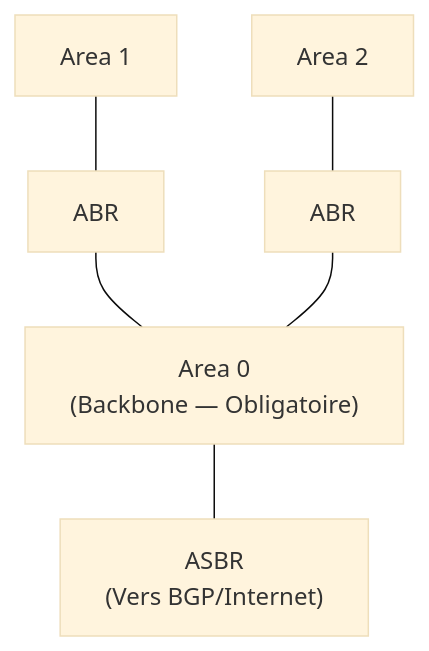
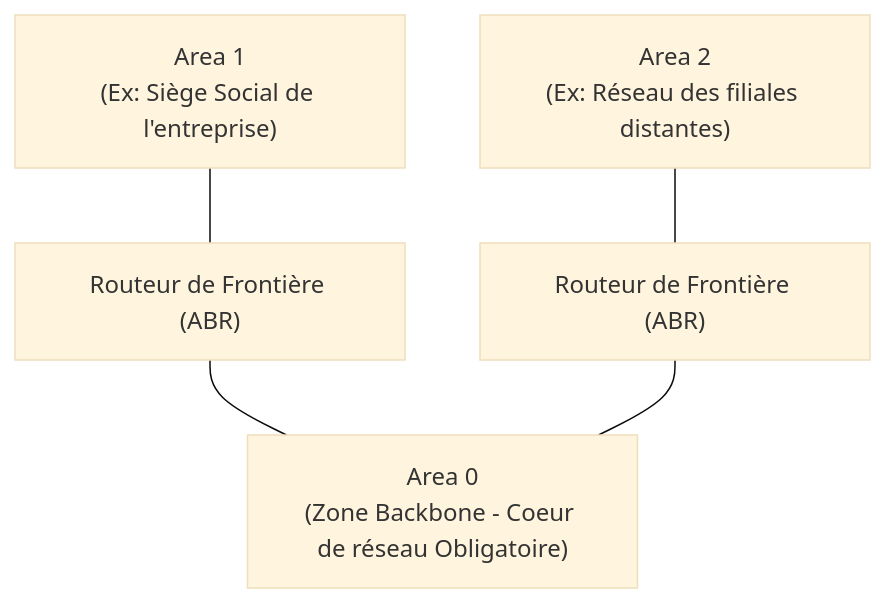
One commit to MontSekai/Documentations changed the diagram in docs/Reseau/protocoles_routage.md. Above: the diagram before and after it, drawn with Mermaid (base theme). The commit also changed other lines of this file and 50 other files, not shown here.

````diff
--- a/docs/Reseau/protocoles_routage.md
+++ b/docs/Reseau/protocoles_routage.md
@@ -88,13 +39,11 @@
 ```mermaid
 graph TD
-    BB["Area 0\n(Backbone — Obligatoire)"]
-    A1["Area 1"]
-    A2["Area 2"]
-    ABR1["ABR"]
-    ABR2["ABR"]
-    ASBR["ASBR\n(Vers BGP/Internet)"]
+    BB["Area 0\n(Zone Backbone - Coeur de réseau Obligatoire)"]
+    A1["Area 1\n(Ex: Siège Social de l'entreprise)"]
+    A2["Area 2\n(Ex: Réseau des filiales distantes)"]
+    ABR1["Routeur de Frontière (ABR)"]
+    ABR2["Routeur de Frontière (ABR)"]
 
     A1 --- ABR1 --- BB
     A2 --- ABR2 --- BB
-    BB --- ASBR
 ```
````
